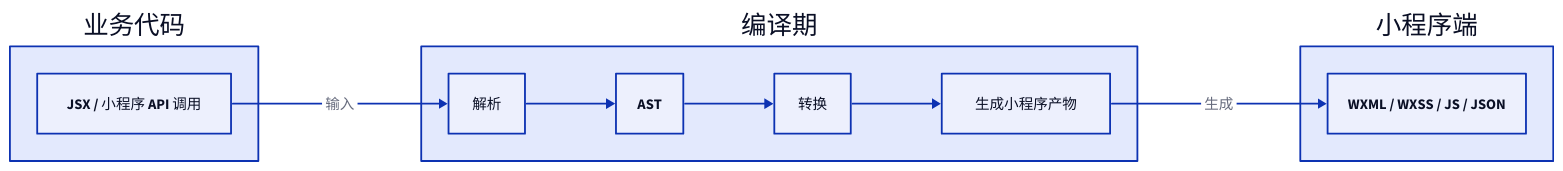
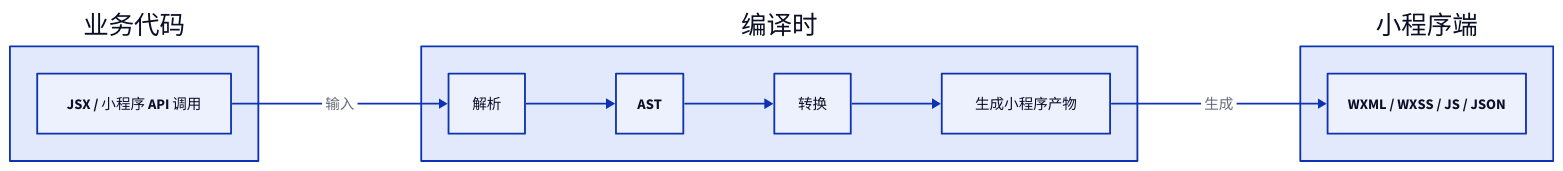
One commit to youngluo/thinking changed the first of 13 diagrams in apps/docs/experiences/微信小程序/Taro 原理与实践.md. Above: the diagram before and after it, drawn with D2. The commit also changed other lines of this file and 2 other files, not shown here.

Commit message:
docs: refine Taro runtime architecture notes

````diff
--- a/apps/docs/experiences/微信小程序/Taro 原理与实践.md
+++ b/apps/docs/experiences/微信小程序/Taro 原理与实践.md
@@ -18,29 +18,29 @@
 ```d2
 direction: right
 
 source: 业务代码 {
   class: group
 
   input: JSX / 小程序 API 调用
 }
 
-compile: 编译期 {
+compile: 编译时 {
   class: group
 
   parse: 解析
   ast: AST
   transform: 转换
   emit: 生成小程序产物
 
   parse -> ast -> transform -> emit
 }
 
 target: 小程序端 {
   class: group
 
   files: WXML / WXSS / JS / JSON
 }
 
 source.input -> compile.parse: 输入
 compile.emit -> target.files: 生成
 ```
````
